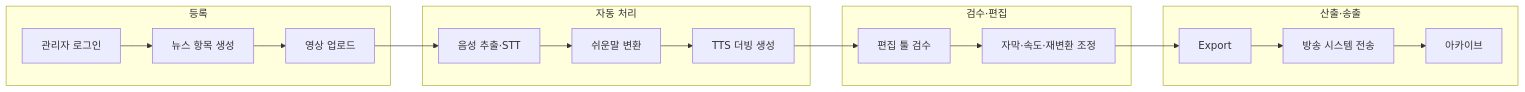
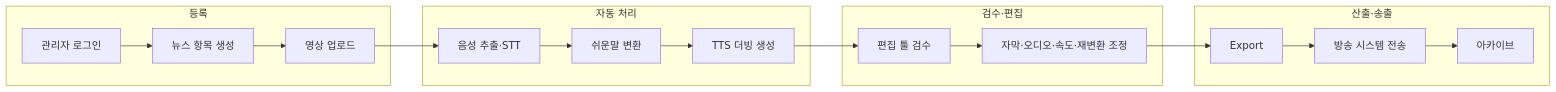
Before and after one commit to sean-eq4all/Simple-Easy-Cast: the first of 2 diagrams in md/function.md, drawn with Mermaid. The commit also changed other lines of this file and 2 other files, not shown here.

````diff
--- a/md/function.md
+++ b/md/function.md
@@ -30,23 +30,23 @@
 ```mermaid
 flowchart LR
   subgraph morning [등록]
     A[관리자 로그인]
     B[뉴스 항목 생성]
     C[영상 업로드]
   end
   subgraph auto [자동 처리]
     D[음성 추출·STT]
     E[쉬운말 변환]
     F[TTS 더빙 생성]
   end
   subgraph review [검수·편집]
     G[편집 툴 검수]
-    H[자막·속도·재변환 조정]
+    H[자막·오디오·속도·재변환 조정]
   end
   subgraph out [산출·송출]
     I[Export]
     J[방송 시스템 전송]
     K[아카이브]
   end
   A --> B --> C --> D --> E --> F --> G --> H --> I --> J --> K
 ```
````
